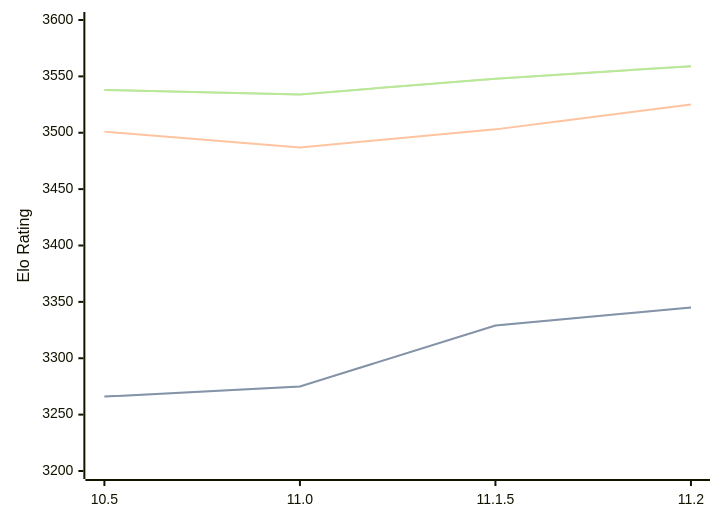
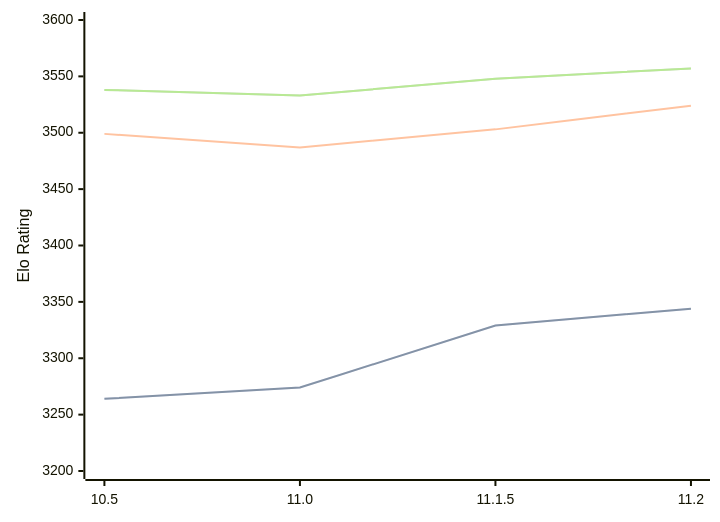
One commit to computer-chess-index/cci changed the diagram in engines/Lizard.md. Above: the diagram before and after it, drawn with Mermaid. The commit also changed other lines of this file, not shown here.

Commit message:
Update CCI Ratings (ELO VLTC) - 2026-03-04

````diff
--- a/engines/Lizard.md
+++ b/engines/Lizard.md
@@ -44,11 +44,11 @@
 ```mermaid
 %%{init: {"theme":"base","themeVariables":{"seriesColors:['#a3a3a3','#222221','#faa371']}}}%%
 xychart-beta
   x-axis ["10.5", "11.0", "11.1.5", "11.2"]
   y-axis "Elo Rating" 3200 --> 3600
-  line "STC (8.0+0.08s)" [3266, 3275, 3329, 3345]
-  line "STC (8.0+0.08s)" [3266, 3275, 3329, 3345]
-  line "LTC (60.0+0.60s)" [3501, 3487, 3503, 3525]
-  line "VLTC (2m24s+1.12s)" [3538, 3534, 3548, 3559]
-  line "VLTC (2m24s+1.12s)" [3538, 3534, 3548, 3559]
+  line "STC (8.0+0.08s)" [3264, 3274, 3329, 3344]
+  line "STC (8.0+0.08s)" [3264, 3274, 3329, 3344]
+  line "LTC (60.0+0.60s)" [3499, 3487, 3503, 3524]
+  line "VLTC (2m24s+1.12s)" [3538, 3533, 3548, 3557]
+  line "VLTC (2m24s+1.12s)" [3538, 3533, 3548, 3557]
 ```
````
